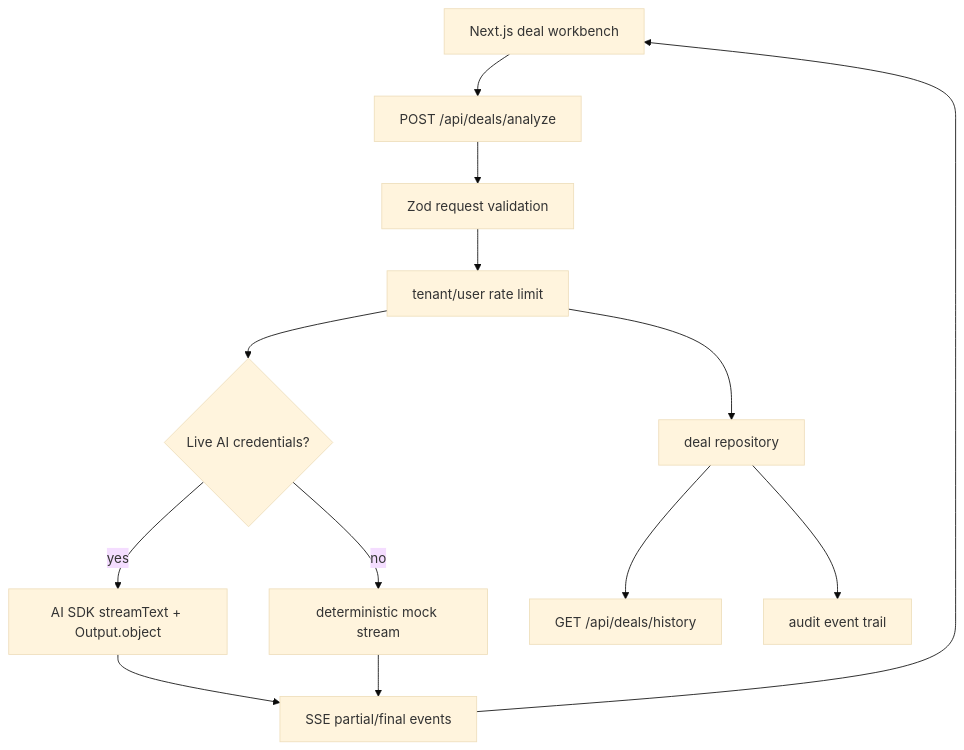
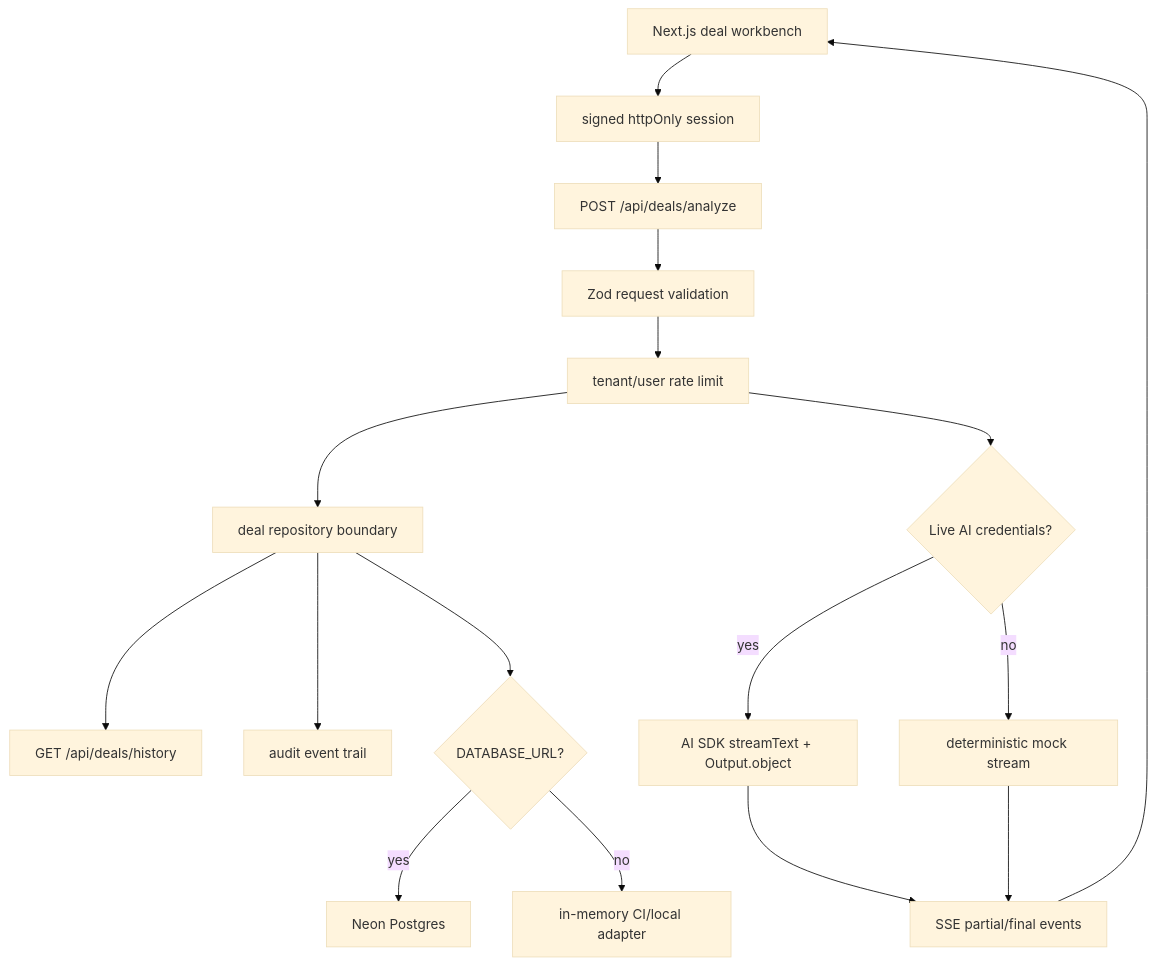
One commit to codejupiter/revassist changed the second of 3 diagrams in docs/ARCHITECTURE.md. Above: the diagram before and after it, drawn with Mermaid (base theme). The commit also changed other lines of this file and 22 other files, not shown here.

````diff
--- a/docs/ARCHITECTURE.md
+++ b/docs/ARCHITECTURE.md
@@ -41,15 +41,19 @@
 ```mermaid
 flowchart TD
-  Client["Next.js deal workbench"] --> API["POST /api/deals/analyze"]
+  Client["Next.js deal workbench"] --> Auth["signed httpOnly session"]
+  Auth --> API["POST /api/deals/analyze"]
   API --> Schema["Zod request validation"]
   Schema --> Rate["tenant/user rate limit"]
-  Rate --> Repo["deal repository"]
+  Rate --> Repo["deal repository boundary"]
   Rate --> Mode{"Live AI credentials?"}
   Mode -->|yes| AISDK["AI SDK streamText + Output.object"]
   Mode -->|no| Mock["deterministic mock stream"]
   AISDK --> SSE["SSE partial/final events"]
   Mock --> SSE
   SSE --> Client
   Repo --> History["GET /api/deals/history"]
   Repo --> Audit["audit event trail"]
+  Repo --> Store{"DATABASE_URL?"}
+  Store -->|yes| Postgres["Neon Postgres"]
+  Store -->|no| Memory["in-memory CI/local adapter"]
 ```
````
